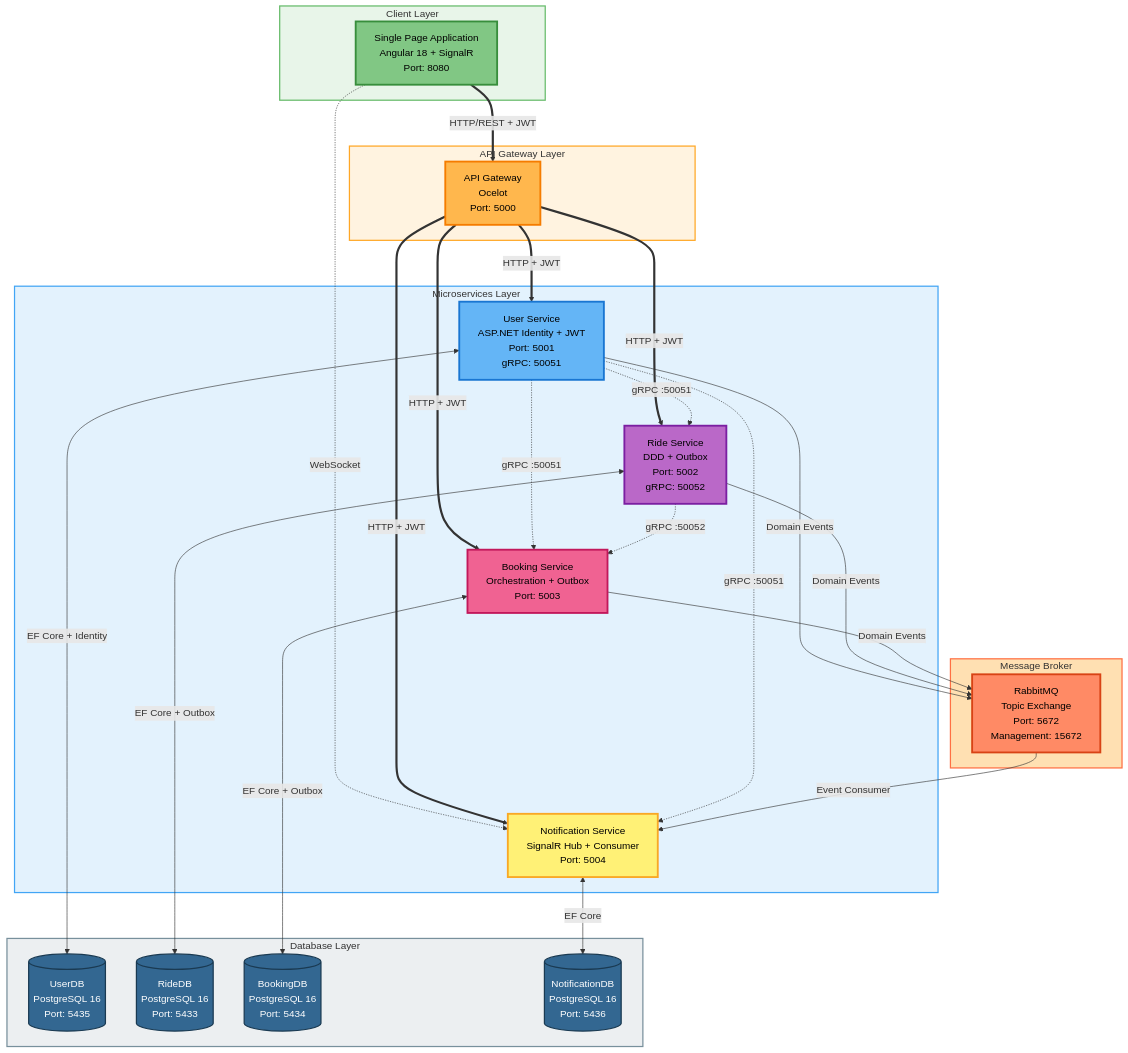
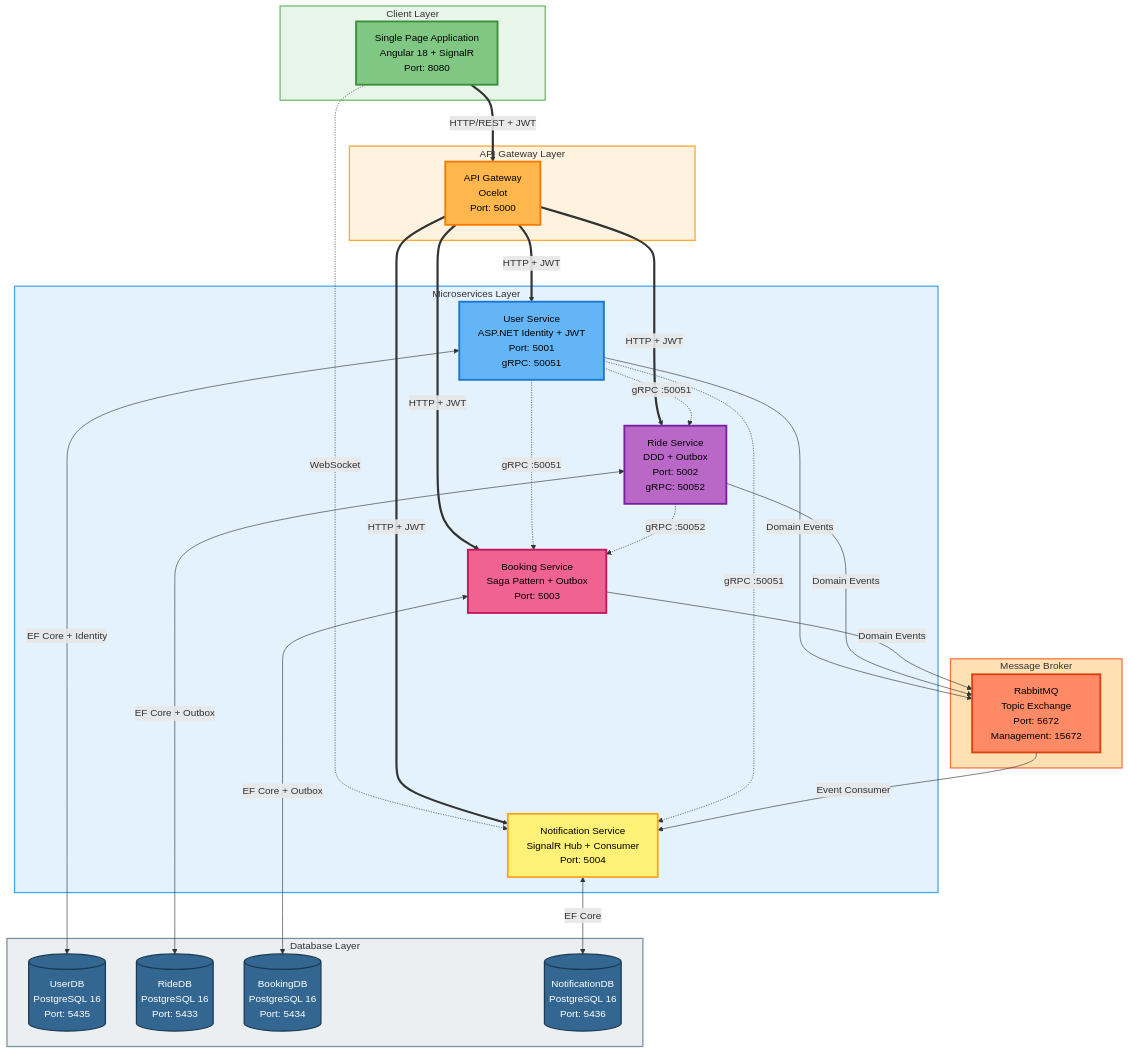
Before and after one commit to marijaa010/RideBuddy: the diagram in RideBuddy/diagrams/systemArchitecture.mmd, drawn with Mermaid. The commit also changed 23 other files, not shown here.

```diff
--- a/RideBuddy/diagrams/systemArchitecture.mmd
+++ b/RideBuddy/diagrams/systemArchitecture.mmd
@@ -1,67 +1,67 @@
 graph TB
     subgraph Client["Client Layer"]
         SPA["Single Page Application<br/>Angular 18 + SignalR<br/>Port: 8080"]
     end
-    
+
     subgraph Gateway["API Gateway Layer"]
         APIGW["API Gateway<br/>Ocelot<br/>Port: 5000"]
     end
-    
+
     subgraph Services["Microservices Layer"]
         US["User Service<br/>ASP.NET Identity + JWT<br/>Port: 5001<br/>gRPC: 50051"]
         RS["Ride Service<br/>DDD + Outbox<br/>Port: 5002<br/>gRPC: 50052"]
-        BS["Booking Service<br/>Orchestration + Outbox<br/>Port: 5003"]
+        BS["Booking Service<br/>Saga Pattern + Outbox<br/>Port: 5003"]
         NS["Notification Service<br/>SignalR Hub + Consumer<br/>Port: 5004"]
     end
-    
+
     subgraph Messaging["Message Broker"]
         RMQ["RabbitMQ<br/>Topic Exchange<br/>Port: 5672<br/>Management: 15672"]
     end
-    
+
     subgraph Databases["Database Layer"]
         DB1[("UserDB<br/>PostgreSQL 16<br/>Port: 5435")]
         DB2[("RideDB<br/>PostgreSQL 16<br/>Port: 5433")]
         DB3[("BookingDB<br/>PostgreSQL 16<br/>Port: 5434")]
         DB4[("NotificationDB<br/>PostgreSQL 16<br/>Port: 5436")]
     end
     
     SPA ==>|HTTP/REST + JWT| APIGW
     SPA -.->|WebSocket| NS
     
     APIGW ==>|HTTP + JWT| US
     APIGW ==>|HTTP + JWT| RS
     APIGW ==>|HTTP + JWT| BS
     APIGW ==>|HTTP + JWT| NS
     
     US -.->|gRPC :50051| RS
     US -.->|gRPC :50051| BS
     US -.->|gRPC :50051| NS
     RS -.->|gRPC :50052| BS
     
     US -->|Domain Events| RMQ
     RS -->|Domain Events| RMQ
     BS -->|Domain Events| RMQ
     RMQ -->|Event Consumer| NS
     
     US <-->|EF Core + Identity| DB1
     RS <-->|EF Core + Outbox| DB2
     BS <-->|EF Core + Outbox| DB3
     NS <-->|EF Core| DB4
     
     style SPA fill:#81C784,stroke:#388E3C,stroke-width:3px,color:#000
     style APIGW fill:#FFB74D,stroke:#F57C00,stroke-width:3px,color:#000
     style US fill:#64B5F6,stroke:#1976D2,stroke-width:3px,color:#000
     style RS fill:#BA68C8,stroke:#7B1FA2,stroke-width:3px,color:#000
     style BS fill:#F06292,stroke:#C2185B,stroke-width:3px,color:#000
     style NS fill:#FFF176,stroke:#F9A825,stroke-width:3px,color:#000
     style RMQ fill:#FF8A65,stroke:#D84315,stroke-width:3px,color:#000
     style DB1 fill:#336791,stroke:#1A3A52,stroke-width:2px,color:#fff
     style DB2 fill:#336791,stroke:#1A3A52,stroke-width:2px,color:#fff
     style DB3 fill:#336791,stroke:#1A3A52,stroke-width:2px,color:#fff
     style DB4 fill:#336791,stroke:#1A3A52,stroke-width:2px,color:#fff
     
     style Client fill:#E8F5E9,stroke:#66BB6A,stroke-width:2px
     style Gateway fill:#FFF3E0,stroke:#FFA726,stroke-width:2px
     style Services fill:#E3F2FD,stroke:#42A5F5,stroke-width:2px
     style Messaging fill:#FFE0B2,stroke:#FF7043,stroke-width:2px
     style Databases fill:#ECEFF1,stroke:#78909C,stroke-width:2px
```
